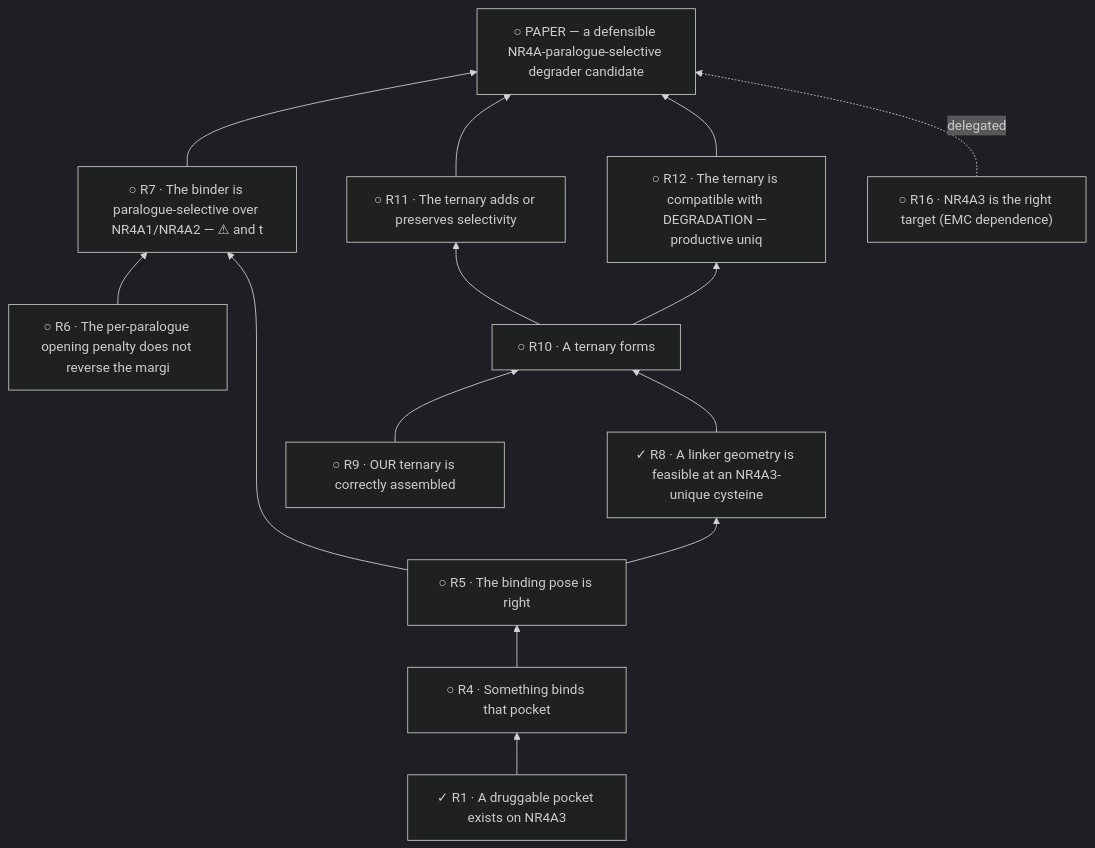
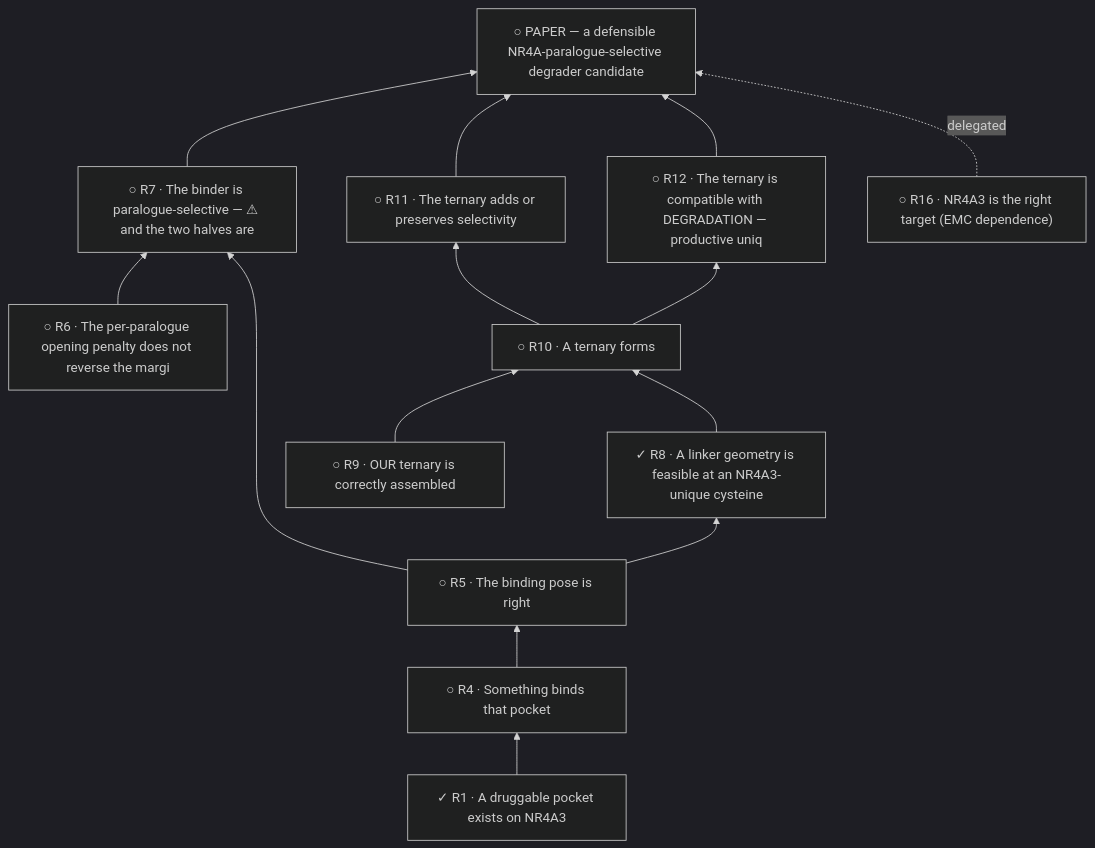
One commit to trimcrae/Rare-cancers changed the diagram in systems/views/registers/requirements.md. Above: the diagram before and after it, drawn with Mermaid (dark theme). The commit also changed other lines of this file and 23 other files, not shown here.

````diff
--- a/systems/views/registers/requirements.md
+++ b/systems/views/registers/requirements.md
@@ -90,28 +90,28 @@
 ```mermaid
 graph BT
   PO["✓ R1 · A druggable pocket exists on NR4A3"]
   L["○ R4 · Something binds that pocket"]
   PS["○ R5 · The binding pose is right"]
   DGO["○ R6 · The per-paralogue opening penalty does not reverse the margi"]
-  B["○ R7 · The binder is paralogue-selective over NR4A1/NR4A2 — ⚠ and t"]
+  B["○ R7 · The binder is paralogue-selective — ⚠ and the two halves are"]
   LK["✓ R8 · A linker geometry is feasible at an NR4A3-unique cysteine"]
   ARCH["○ R9 · OUR ternary is correctly assembled"]
   T["○ R10 · A ternary forms"]
   TS["○ R11 · The ternary adds or preserves selectivity"]
   UB["○ R12 · The ternary is compatible with DEGRADATION — productive uniq"]
   TG["○ R16 · NR4A3 is the right target (EMC dependence)"]
   P["○ PAPER — a defensible NR4A-paralogue-selective degrader candidate"]
   PO --> L
   L --> PS
   PS --> B
   DGO --> B
   PS --> LK
   LK --> T
   ARCH --> T
   T --> TS
   T --> UB
   UB --> P
   B --> P
   TS --> P
   TG -.delegated.-> P
 ```
````
